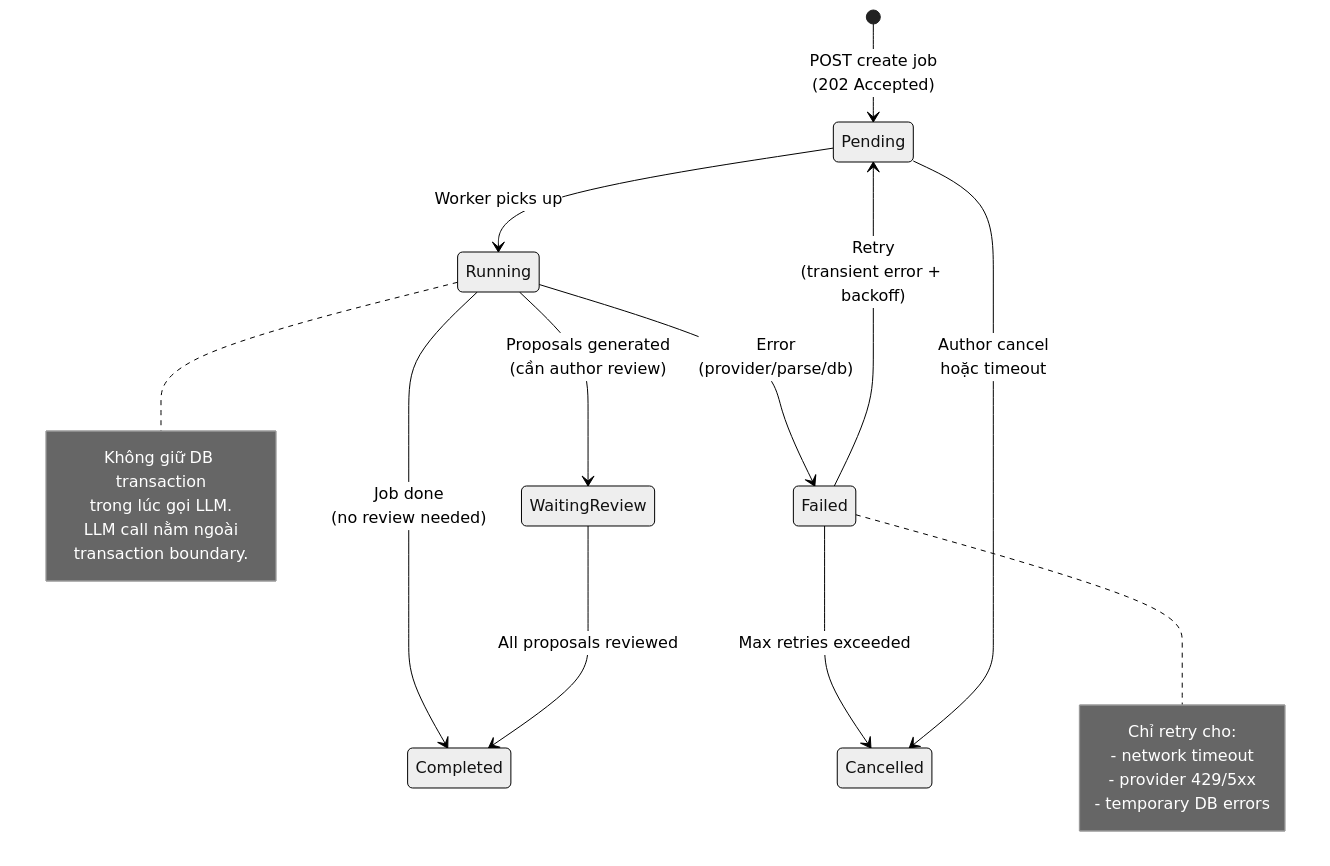
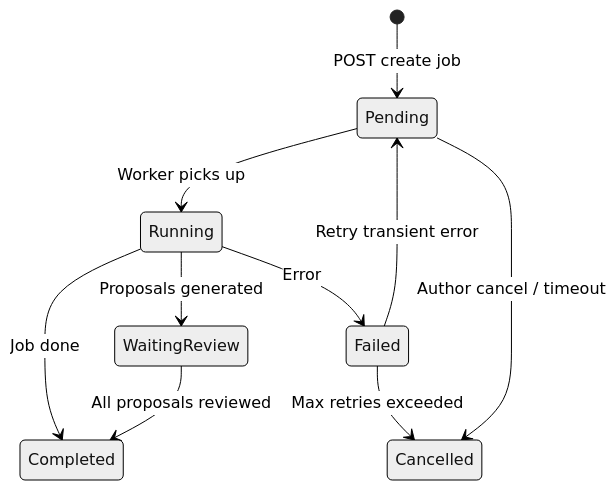
One commit to Ephurin/Novel_sharing_platform changed the eighth of 8 diagrams in docs/PIPELINE.md. Above: the diagram before and after it, drawn with Mermaid (neutral theme). The commit also changed other lines of this file, not shown here.

Commit message:
fix(docs): format mermaid diagrams in PIPELINE.md for GitHub preview compatibility

````diff
--- a/docs/PIPELINE.md
+++ b/docs/PIPELINE.md
@@ -452,31 +438,17 @@
 ```mermaid
 stateDiagram-v2
-    [*] --> Pending: POST create job<br/>(202 Accepted)
+    [*] --> Pending : POST create job
 
-    Pending --> Running: Worker picks up
+    Pending --> Running : Worker picks up
 
-    Running --> WaitingReview: Proposals generated<br/>(cần author review)
-    Running --> Completed: Job done<br/>(no review needed)
-    Running --> Failed: Error<br/>(provider/parse/db)
+    Running --> WaitingReview : Proposals generated
+    Running --> Completed : Job done
+    Running --> Failed : Error
 
-    WaitingReview --> Completed: All proposals reviewed
+    WaitingReview --> Completed : All proposals reviewed
 
-    Failed --> Pending: Retry<br/>(transient error + backoff)
-    Failed --> Cancelled: Max retries exceeded
+    Failed --> Pending : Retry transient error
+    Failed --> Cancelled : Max retries exceeded
 
-    Pending --> Cancelled: Author cancel<br/>hoặc timeout
-
-    note right of Running
-        Không giữ DB transaction
-        trong lúc gọi LLM.
-        LLM call nằm ngoài
-        transaction boundary.
-    end note
-
-    note right of Failed
-        Chỉ retry cho:
-        - network timeout
-        - provider 429/5xx
-        - temporary DB errors
-    end note
+    Pending --> Cancelled : Author cancel / timeout
 ```
````
